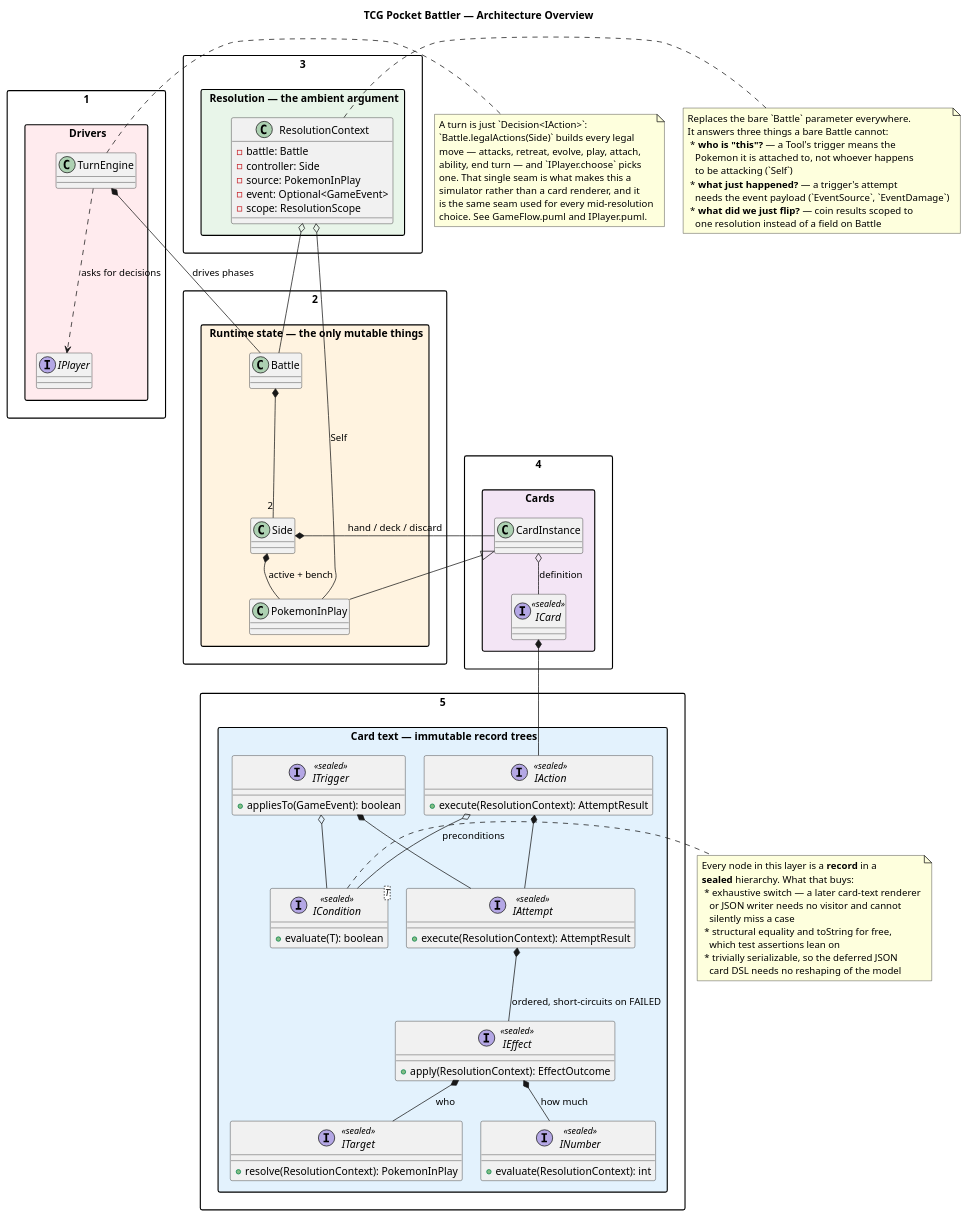
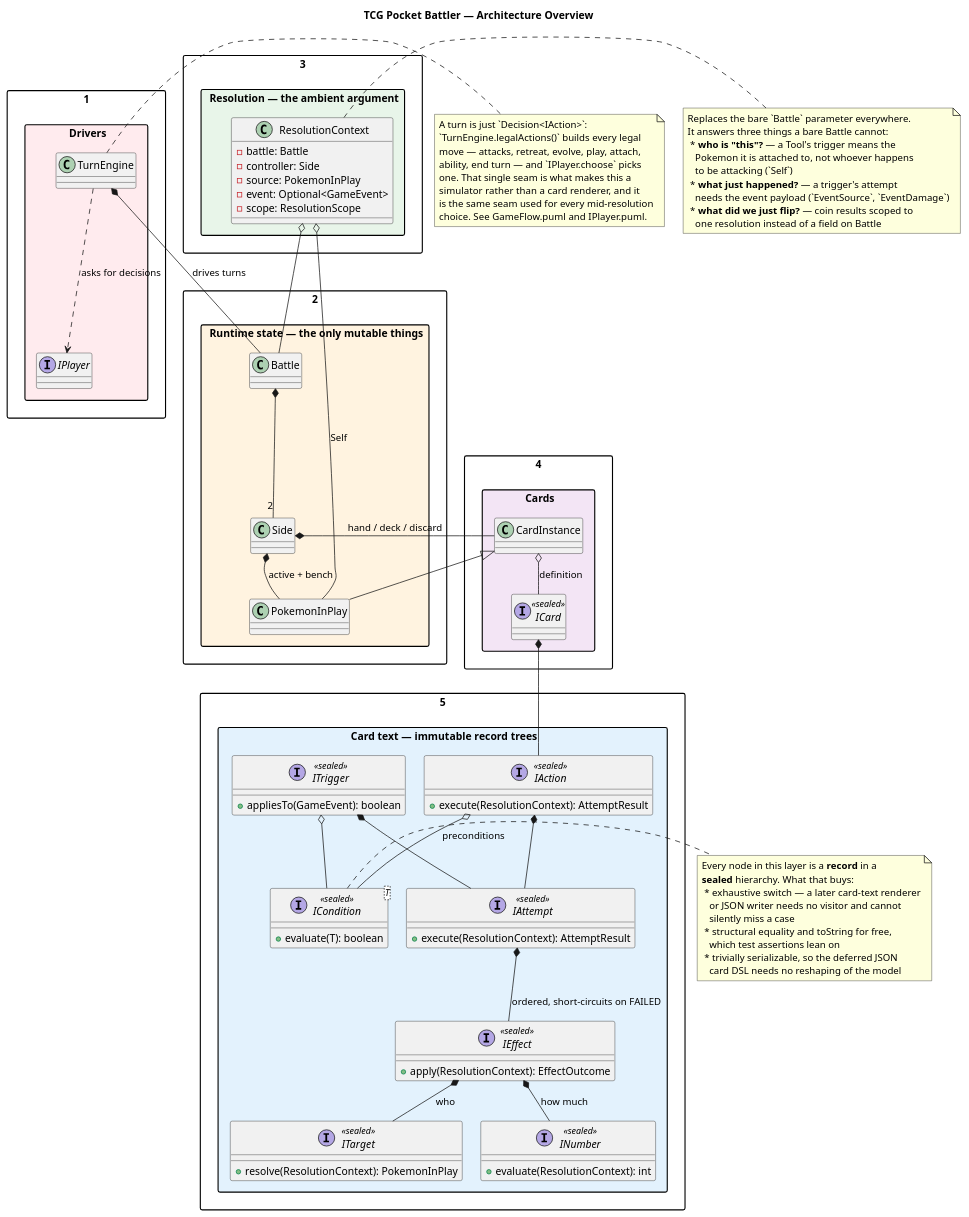
Before and after one commit to Richie-Moon/TCGPocketBattler: the diagram in docs/UML/Overview.puml, drawn with PlantUML. The commit also changed 21 other files, not shown here.

First line of the commit message:
feat(engine): Added TurnEngine and discard of the whole evolution stack

```diff
--- a/docs/UML/Overview.puml
+++ b/docs/UML/Overview.puml
@@ -1,130 +1,130 @@
 @startuml
 title TCG Pocket Battler — Architecture Overview
 
 skinparam packageStyle rectangle
 skinparam nodesep 25
 skinparam ranksep 35
 
 /'
   Read this diagram top to bottom: it is a stack of layers.
 
   The central idea is that a card's text is not code, it is DATA — an immutable
   tree of small composable nodes. Nothing in the "Card text" layer mutates
   anything; it is read and evaluated, and only IEffect is permitted to write to
   the runtime state. That split is what makes the model serializable, testable,
   and safe to seal.
 '/
 
 package "1. Drivers" #FFEBEE {
     class TurnEngine
     interface IPlayer
 }
 
 package "2. Runtime state — the only mutable things" #FFF3E0 {
     class Battle
     class Side
     class PokemonInPlay
 }
 
 package "3. Resolution — the ambient argument" #E8F5E9 {
     class ResolutionContext {
         - battle: Battle
         - controller: Side
         - source: PokemonInPlay
         - event: Optional<GameEvent>
         - scope: ResolutionScope
     }
 }
 
 package "4. Cards" #F3E5F5 {
     interface ICard <<sealed>>
     class CardInstance
 }
 
 package "5. Card text — immutable record trees" #E3F2FD {
     interface IAction <<sealed>> {
         + execute(ResolutionContext): AttemptResult
     }
     interface ITrigger <<sealed>> {
         + appliesTo(GameEvent): boolean
     }
     interface IAttempt <<sealed>> {
         + execute(ResolutionContext): AttemptResult
     }
     interface IEffect <<sealed>> {
         + apply(ResolutionContext): EffectOutcome
     }
     interface ITarget <<sealed>> {
         + resolve(ResolutionContext): PokemonInPlay
     }
     interface INumber <<sealed>> {
         + evaluate(ResolutionContext): int
     }
     interface "ICondition<T>" as ICondition <<sealed>> {
         + evaluate(T): boolean
     }
 }
 
 /' --- layer 1 -> 2 --- '/
-TurnEngine *-- Battle       : drives phases
+TurnEngine *-- Battle       : drives turns
 TurnEngine ..> IPlayer      : asks for decisions
 
 /' --- layer 2 internals --- '/
 Battle *-- "2" Side
 Side   *-- PokemonInPlay    : active + bench
 Side   *-- CardInstance     : hand / deck / discard
 
 /' --- layer 3 --- '/
 ResolutionContext o-- Battle
 ResolutionContext o-- PokemonInPlay : "Self"
 
 /' --- layer 4 --- '/
 CardInstance <|-- PokemonInPlay
 CardInstance o-- ICard      : definition
 ICard *-- IAction
 
 /' --- layer 5 internals: the composition chain --- '/
 IAction  *-- IAttempt
 ITrigger *-- IAttempt
 IAttempt *-- IEffect        : ordered, short-circuits on FAILED
 IEffect  *-- ITarget        : who
 IEffect  *-- INumber        : how much
 IAction  o-- ICondition     : preconditions
 ITrigger o-- ICondition
 
 note right of TurnEngine
   A turn is just `Decision<IAction>`:
-  `Battle.legalActions(Side)` builds every legal
+  `TurnEngine.legalActions()` builds every legal
   move — attacks, retreat, evolve, play, attach,
   ability, end turn — and `IPlayer.choose` picks
   one. That single seam is what makes this a
   simulator rather than a card renderer, and it
   is the same seam used for every mid-resolution
   choice. See GameFlow.puml and IPlayer.puml.
 end note
 
 note right of ResolutionContext
   Replaces the bare `Battle` parameter everywhere.
   It answers three things a bare Battle cannot:
    * **who is "this"?** — a Tool's trigger means the
      Pokemon it is attached to, not whoever happens
      to be attacking (`Self`)
    * **what just happened?** — a trigger's attempt
      needs the event payload (`EventSource`, `EventDamage`)
    * **what did we just flip?** — coin results scoped to
      one resolution instead of a field on Battle
 end note
 
 note right of ICondition
   Every node in this layer is a **record** in a
   **sealed** hierarchy. What that buys:
    * exhaustive switch — a later card-text renderer
      or JSON writer needs no visitor and cannot
      silently miss a case
    * structural equality and toString for free,
      which test assertions lean on
    * trivially serializable, so the deferred JSON
      card DSL needs no reshaping of the model
 end note
 
 @enduml
```
